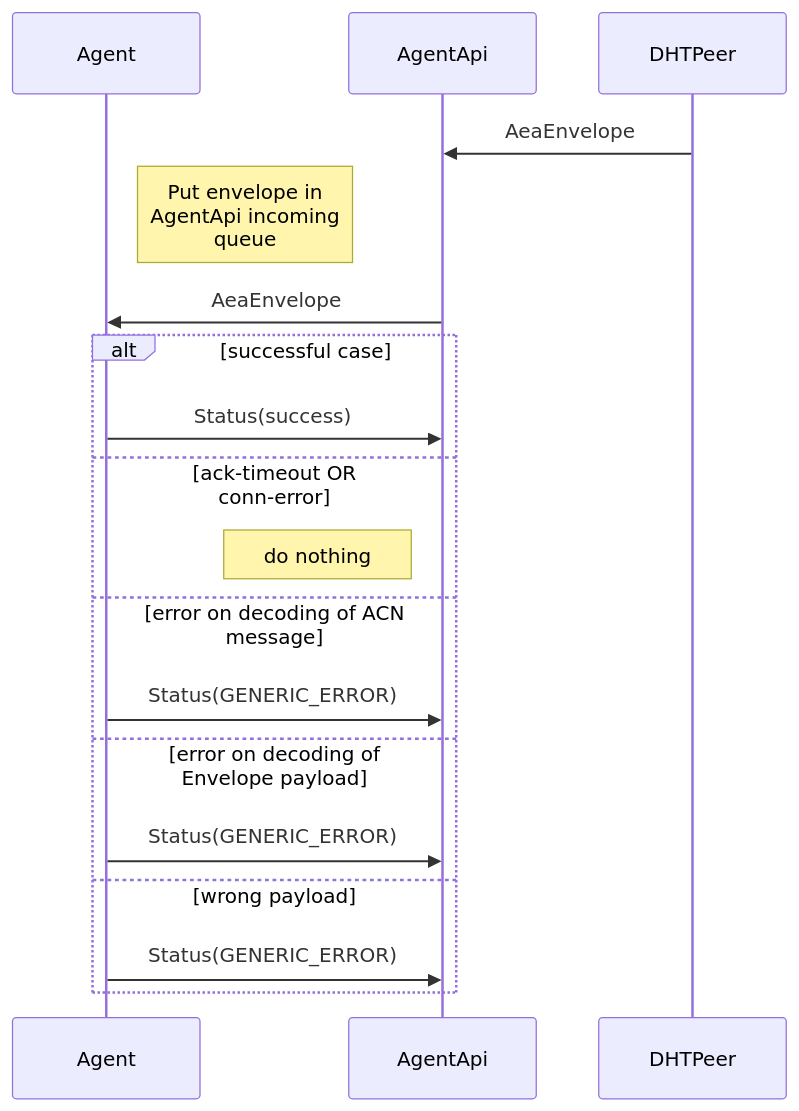
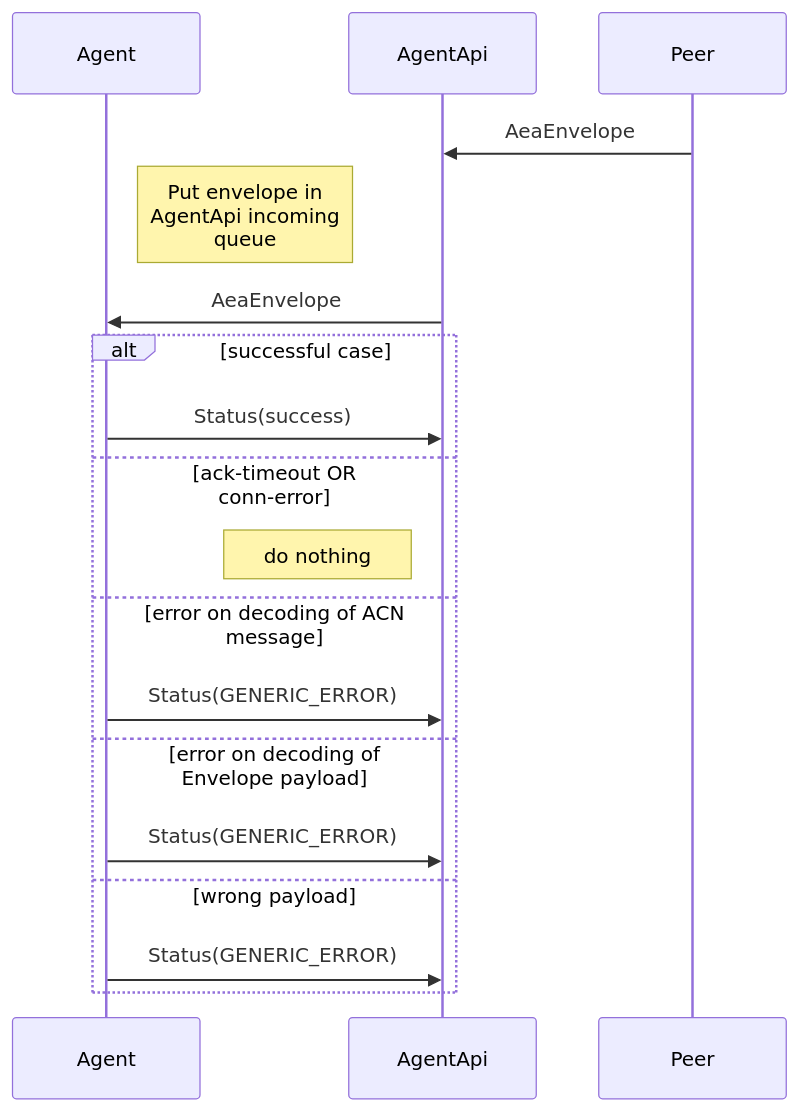
One commit to legendarydeveloper919/agents-aea changed the ninth of 9 diagrams in docs/acn-internals.md. Above: the diagram before and after it, drawn with Mermaid. The commit also changed other lines of this file, not shown here.

Commit message:
docs: rename DHTPeer with Peer

```diff
--- a/docs/acn-internals.md
+++ b/docs/acn-internals.md
@@ -413,20 +413,20 @@
 <div class="mermaid">
     sequenceDiagram
         participant Agent
         participant AgentApi
-        participant DHTPeer
-        DHTPeer->>AgentApi: AeaEnvelope
+        participant Peer
+        Peer->>AgentApi: AeaEnvelope
         note right of Agent: Put envelope in<br/>AgentApi incoming<br/>queue
         AgentApi->>Agent: AeaEnvelope
         alt successful case
             Agent->>AgentApi: Status(success)
         else ack-timeout OR conn-error
             note left of AgentApi: do nothing
         else error on decoding of ACN message
             Agent->>AgentApi: Status(GENERIC_ERROR)
         else error on decoding of Envelope payload
             Agent->>AgentApi: Status(GENERIC_ERROR)
         else wrong payload
             Agent->>AgentApi: Status(GENERIC_ERROR)
         end
 </div>
```
